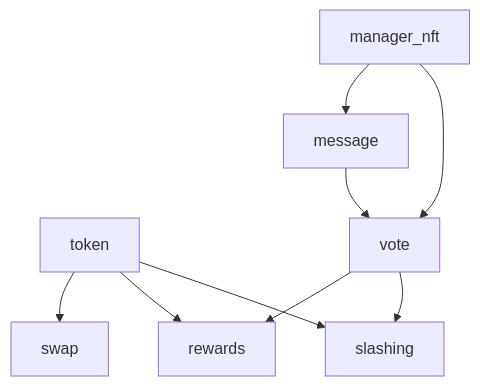
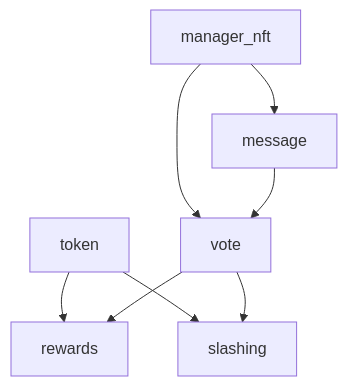
The diagram in move/README.md (Sui-mming-Suiworld/SuiWorld-Contracts), drawn with Mermaid before and after one commit. The commit also changed other lines of this file and 6 other files, not shown here.

````diff
--- a/move/README.md
+++ b/move/README.md
@@ -24,11 +23,10 @@
 ```mermaid
 graph TD
-    token --> swap
     token --> rewards
     token --> slashing
     manager_nft --> message
     manager_nft --> vote
     message --> vote
     vote --> rewards
     vote --> slashing
 ```
````
